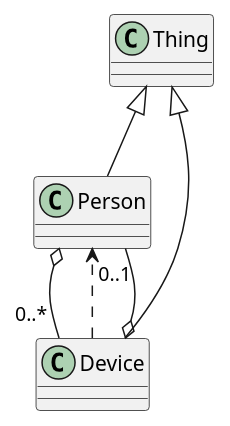
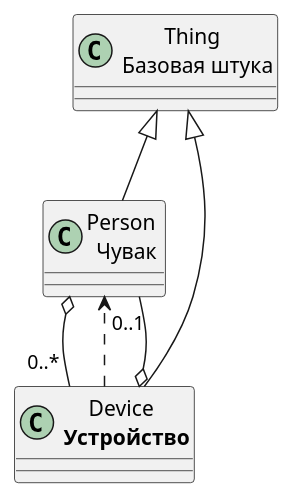
The diagram in Example2/output/Readme.md (simplepersonru/SimpleOntoDoc), drawn with PlantUML before and after one commit. The commit also changed other lines of this file and 13 other files, not shown here.

````diff
--- a/Example2/output/Readme.md
+++ b/Example2/output/Readme.md
@@ -19,15 +19,15 @@
 ```plantuml
 @startuml
 skinparam groupInheritance 6
 set separator none
-class "Thing" as demo.Thing  
-class "Person" as demo.Person  
-class "Device" as demo.Device  
+class "Thing \n Базовая штука" as demo.Thing  
+class "Person \n Чувак" as demo.Person  
+class "Device \n **Устройство**" as demo.Device  
 demo.Person o--"0..*" demo.Device
 demo.Thing <|-down- demo.Person
 demo.Device ..> demo.Person
 demo.Device o--"0..1" demo.Person
 demo.Thing <|-down- demo.Device
 
 @enduml
 ```
````
